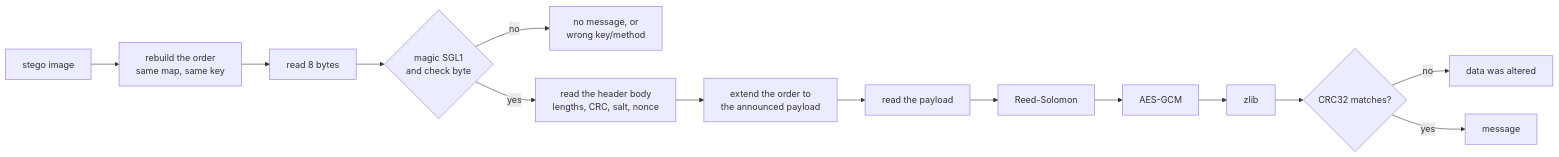
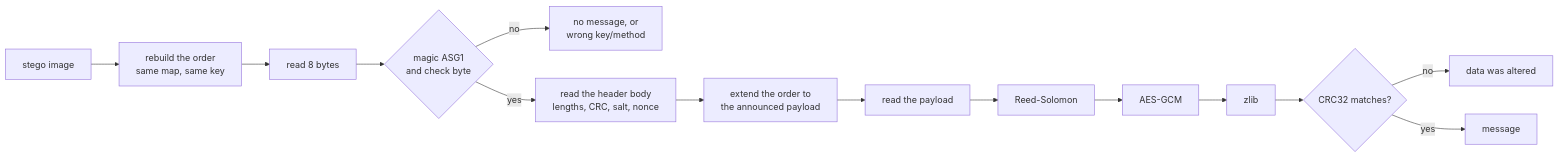
The third of 3 diagrams in docs/architecture.md (RE22GDV/AdaptiveStego), drawn with Mermaid before and after one commit. The commit also changed other lines of this file and 51 other files, not shown here.

````diff
--- a/docs/architecture.md
+++ b/docs/architecture.md
@@ -94,16 +94,16 @@
 ```mermaid
 flowchart LR
     STEGO["stego image"] --> ORDER2["rebuild the order<br/>same map, same key"]
     ORDER2 --> P1["read 8 bytes"]
-    P1 --> MAGIC{"magic SGL1<br/>and check byte"}
+    P1 --> MAGIC{"magic ASG1<br/>and check byte"}
     MAGIC -->|no| FAIL["no message, or<br/>wrong key/method"]
     MAGIC -->|yes| HEAD["read the header body<br/>lengths, CRC, salt, nonce"]
     HEAD --> GROW["extend the order to<br/>the announced payload"]
     GROW --> PAY["read the payload"]
     PAY --> RS2["Reed-Solomon"]
     RS2 --> DEC["AES-GCM"]
     DEC --> UNZ["zlib"]
     UNZ --> CRC{"CRC32 matches?"}
     CRC -->|no| BAD["data was altered"]
     CRC -->|yes| OUT["message"]
 ```
````
